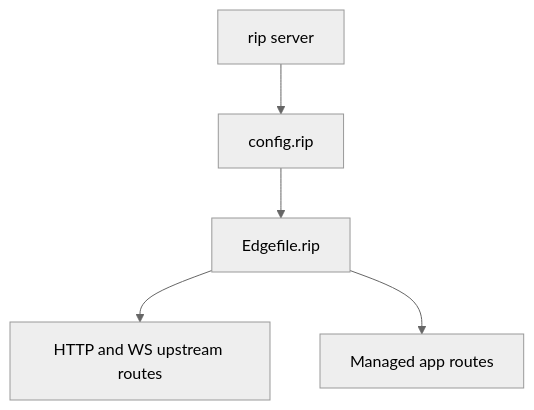
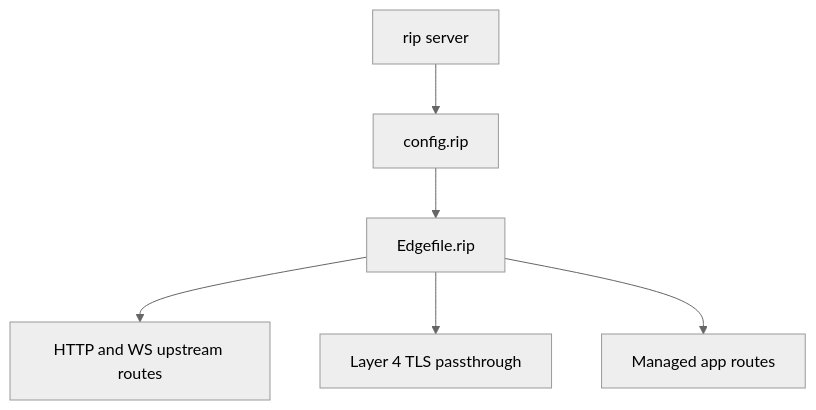
One commit to shreeve/rip-lang changed the first of 3 diagrams in packages/server/README.md. Above: the diagram before and after it, drawn with Mermaid (neutral theme). The commit also changed other lines of this file and 1 other file, not shown here.

````diff
--- a/packages/server/README.md
+++ b/packages/server/README.md
@@ -49,7 +68,8 @@
 ```mermaid
 flowchart TD
   SingleApp["rip server"] --> ManagedApps["config.rip"]
   ManagedApps --> EdgeMode["Edgefile.rip"]
   EdgeMode --> Upstreams["HTTP and WS upstream routes"]
+  EdgeMode --> Streams["Layer 4 TLS passthrough"]
   EdgeMode --> ManagedRoutes["Managed app routes"]
 ```
````
